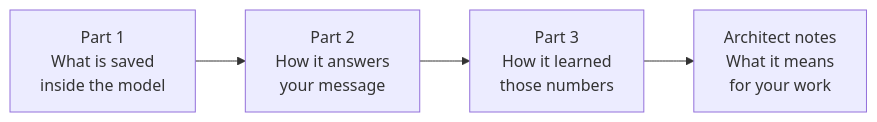
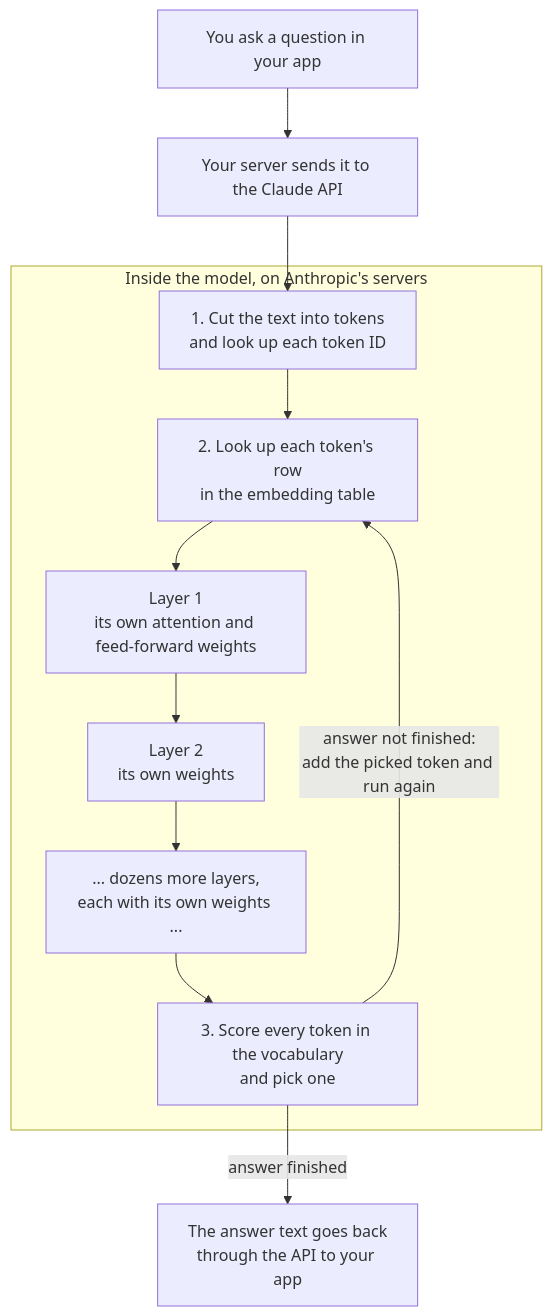
One commit to nirajp82/ClaudeArchitectStudyGuide changed the first of 2 diagrams in 02_BuildingWithTheClaudeAPI/01-deep-dive-inside-the-model.md. Above: the diagram before and after it, drawn with Mermaid. The commit also changed other lines of this file, not shown here.

Commit message:
Add a layer example, a fixed-or-changes table, and a question-to-answer diagram

````diff
--- a/02_BuildingWithTheClaudeAPI/01-deep-dive-inside-the-model.md
+++ b/02_BuildingWithTheClaudeAPI/01-deep-dive-inside-the-model.md
@@ -232,6 +261,14 @@
 ```mermaid
-flowchart LR
-    P1[Part 1<br/>What is saved<br/>inside the model] --> P2[Part 2<br/>How it answers<br/>your message]
-    P2 --> P3[Part 3<br/>How it learned<br/>those numbers]
-    P3 --> P4[Architect notes<br/>What it means<br/>for your work]
+flowchart TD
+    Q[You ask a question in your app] --> API[Your server sends it to the Claude API]
+    subgraph Model["Inside the model, on Anthropic's servers"]
+        T[1. Cut the text into tokens<br/>and look up each token ID] --> E[2. Look up each token's row<br/>in the embedding table]
+        E --> L1[Layer 1<br/>its own attention and feed-forward weights]
+        L1 --> L2[Layer 2<br/>its own weights]
+        L2 --> LN[... dozens more layers,<br/>each with its own weights ...]
+        LN --> S[3. Score every token in the vocabulary<br/>and pick one]
+        S -->|answer not finished:<br/>add the picked token and run again| E
+    end
+    API --> T
+    S -->|answer finished| A[The answer text goes back<br/>through the API to your app]
 ```
````
